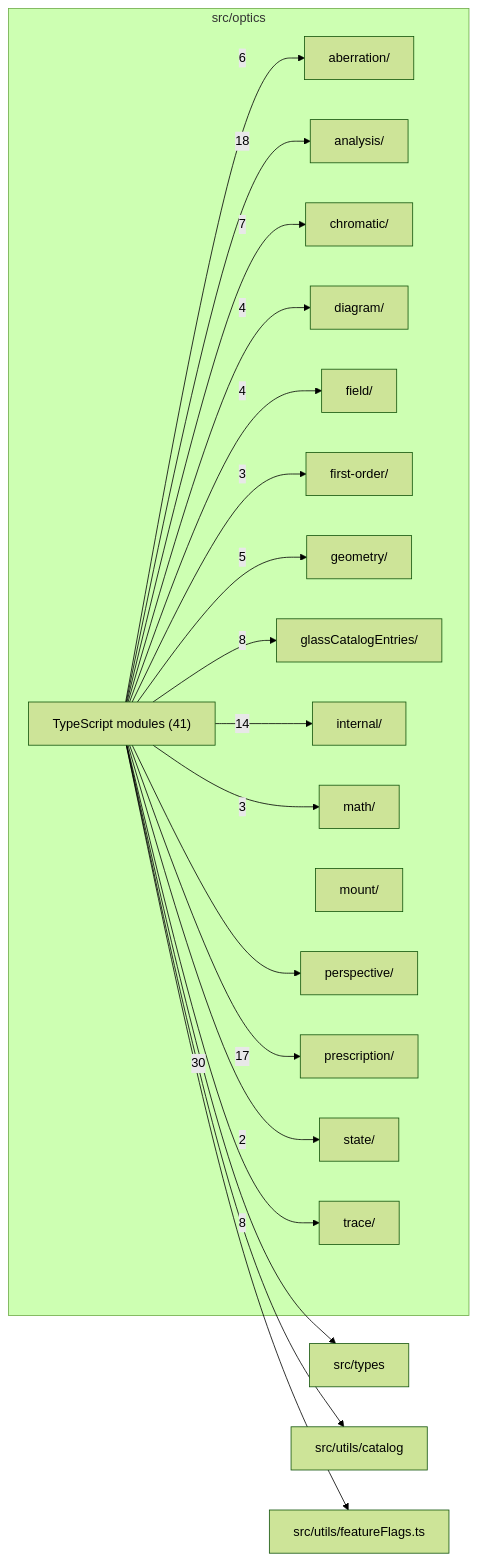
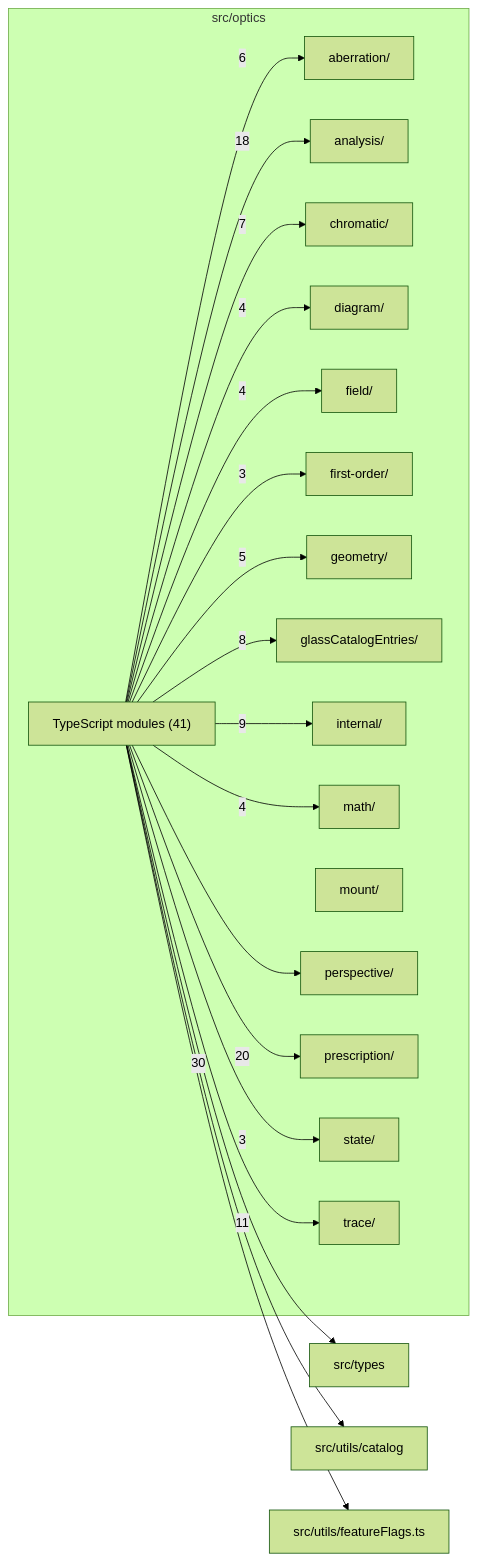
The diagram in src/optics/readme.md (ronbuening/LensVisualizer), drawn with Mermaid (forest theme) before and after one commit. The commit also changed other lines of this file and 11 other files, not shown here.

````diff
--- a/src/optics/readme.md
+++ b/src/optics/readme.md
@@ -9,41 +9,41 @@
 ```mermaid
 flowchart LR
   subgraph n_src_optics["src/optics"]
     n_src_optics_src_optics_aberration["aberration/"]
     n_src_optics_src_optics_analysis["analysis/"]
     n_src_optics_src_optics_chromatic["chromatic/"]
     n_src_optics_src_optics_diagram["diagram/"]
     n_src_optics_src_optics_field["field/"]
     n_src_optics_src_optics_first_order["first-order/"]
     n_src_optics_src_optics_geometry["geometry/"]
     n_src_optics_src_optics_glassCatalogEntries["glassCatalogEntries/"]
     n_src_optics_src_optics_internal["internal/"]
     n_src_optics_src_optics_math["math/"]
     n_src_optics_src_optics_mount["mount/"]
     n_src_optics_src_optics_perspective["perspective/"]
     n_src_optics_src_optics_prescription["prescription/"]
     n_src_optics_src_optics_state["state/"]
     n_src_optics_src_optics_trace["trace/"]
     n_src_optics_TypeScript_modules["TypeScript modules (41)"]
   end
   n_external_src_types["src/types"]
   n_external_src_utils_catalog["src/utils/catalog"]
   n_external_src_utils_featureFlags_ts["src/utils/featureFlags.ts"]
   n_src_optics_TypeScript_modules --> |30| n_external_src_types
+  n_src_optics_TypeScript_modules --> |20| n_src_optics_src_optics_prescription
   n_src_optics_TypeScript_modules --> |18| n_src_optics_src_optics_analysis
-  n_src_optics_TypeScript_modules --> |17| n_src_optics_src_optics_prescription
-  n_src_optics_TypeScript_modules --> |14| n_src_optics_src_optics_internal
+  n_src_optics_TypeScript_modules --> |11| n_src_optics_src_optics_trace
+  n_src_optics_TypeScript_modules --> |9| n_src_optics_src_optics_internal
   n_src_optics_TypeScript_modules --> |8| n_src_optics_src_optics_glassCatalogEntries
-  n_src_optics_TypeScript_modules --> |8| n_src_optics_src_optics_trace
   n_src_optics_TypeScript_modules --> |7| n_src_optics_src_optics_chromatic
   n_src_optics_TypeScript_modules --> |6| n_src_optics_src_optics_aberration
   n_src_optics_TypeScript_modules --> |5| n_src_optics_src_optics_geometry
   n_src_optics_TypeScript_modules --> |4| n_src_optics_src_optics_diagram
   n_src_optics_TypeScript_modules --> |4| n_src_optics_src_optics_field
+  n_src_optics_TypeScript_modules --> |4| n_src_optics_src_optics_math
   n_src_optics_TypeScript_modules --> |3| n_src_optics_src_optics_first_order
-  n_src_optics_TypeScript_modules --> |3| n_src_optics_src_optics_math
-  n_src_optics_TypeScript_modules --> |2| n_src_optics_src_optics_state
+  n_src_optics_TypeScript_modules --> |3| n_src_optics_src_optics_state
   n_src_optics_TypeScript_modules --> n_external_src_utils_catalog
   n_src_optics_TypeScript_modules --> n_external_src_utils_featureFlags_ts
   n_src_optics_TypeScript_modules --> n_src_optics_src_optics_perspective
 ```
````
